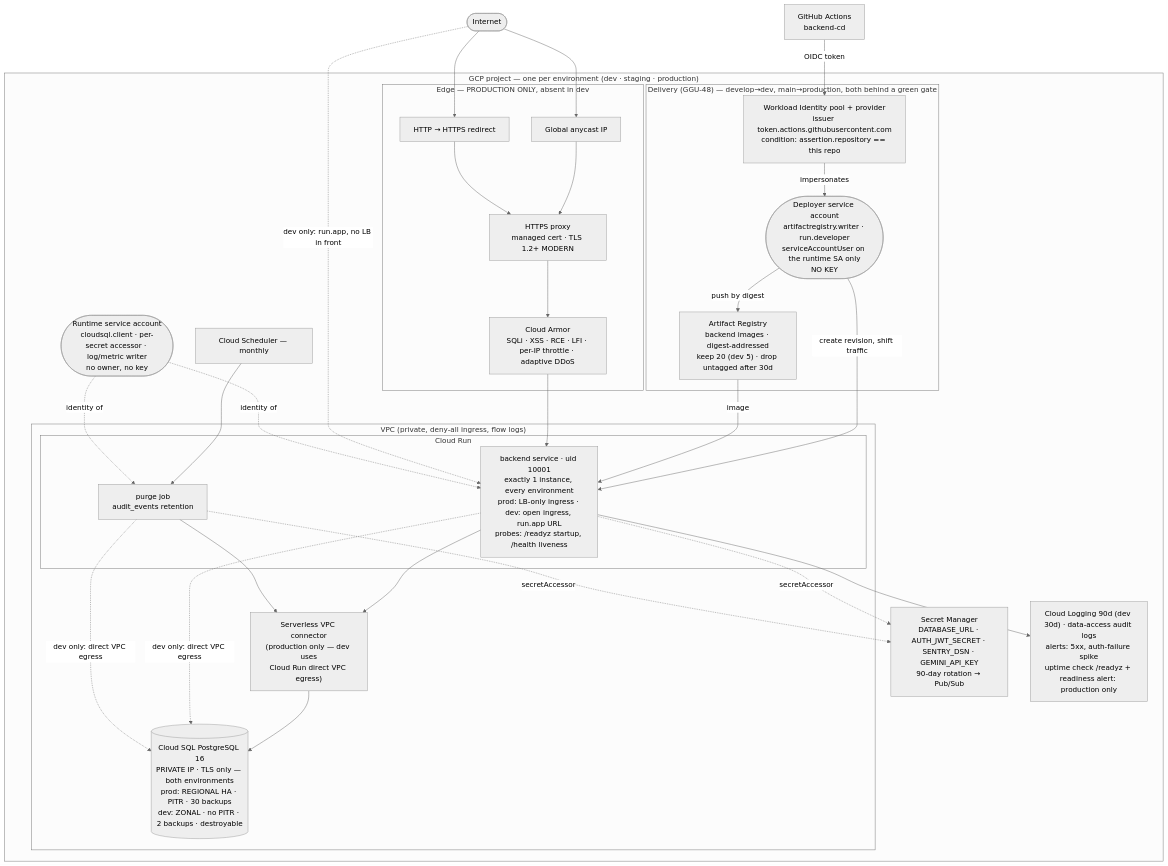
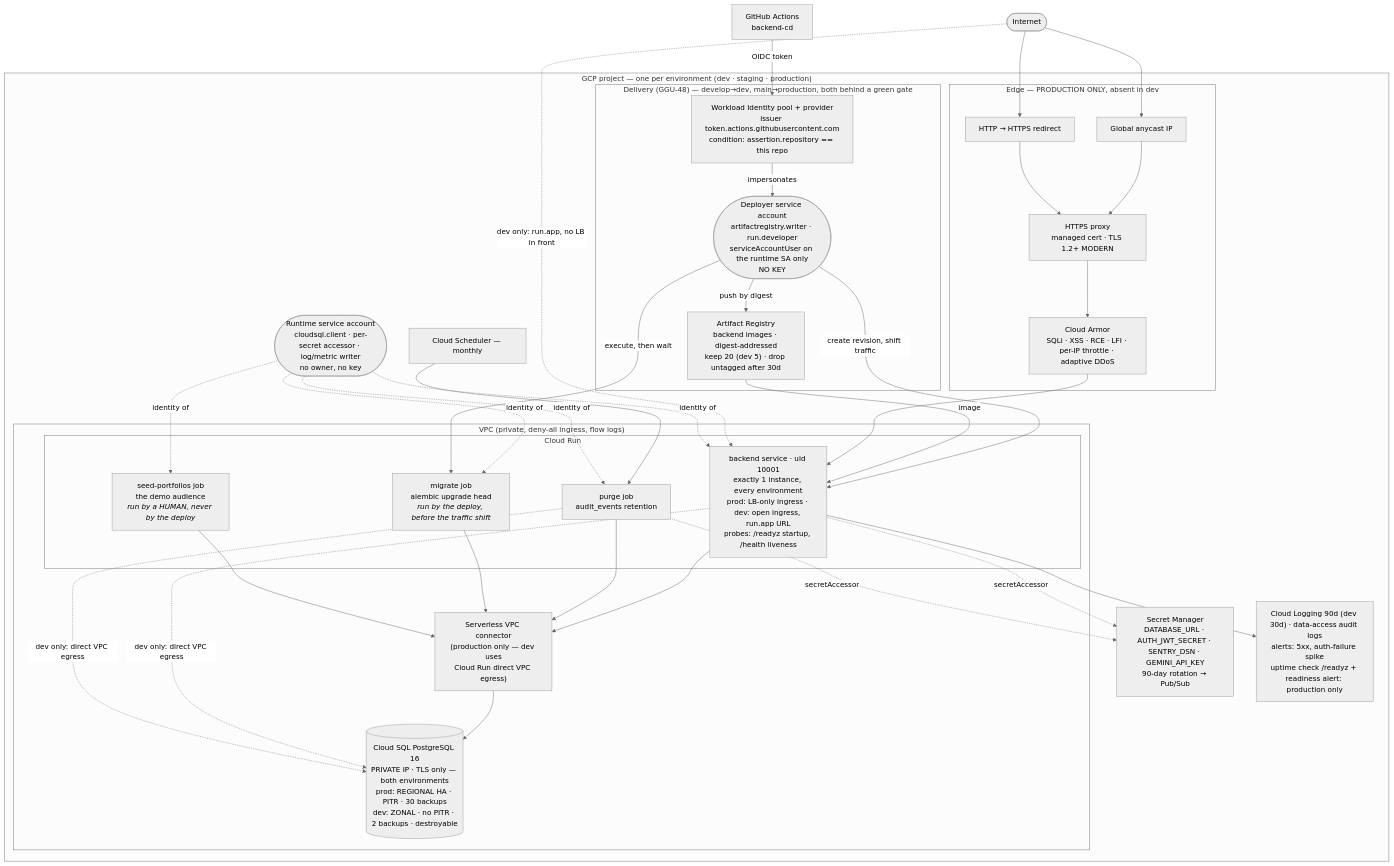
The diagram in docs/diagrams/08-infrastructure.md (somnio-projects/finance-google-a2ui), drawn with Mermaid (neutral theme) before and after one commit. The commit also changed 94 other files, not shown here.

First line of the commit message:
feat(backend): the portfolio has an owner, and the tabs really filter

````diff
--- a/docs/diagrams/08-infrastructure.md
+++ b/docs/diagrams/08-infrastructure.md
@@ -7,63 +7,80 @@
 ```mermaid
 flowchart TB
     net([Internet])
     subgraph gcp["GCP project — one per environment (dev · staging · production)"]
         subgraph edge["Edge — PRODUCTION ONLY, absent in dev"]
             ip["Global anycast IP"]
             https["HTTPS proxy<br/>managed cert · TLS 1.2+ MODERN"]
             armor["Cloud Armor<br/>SQLi · XSS · RCE · LFI · per-IP throttle · adaptive DDoS"]
             httpr["HTTP → HTTPS redirect"]
         end
         subgraph vpc["VPC (private, deny-all ingress, flow logs)"]
             conn["Serverless VPC connector<br/>(production only — dev uses<br/>Cloud Run direct VPC egress)"]
             subgraph runtime["Cloud Run"]
                 svc["backend service · uid 10001<br/>exactly 1 instance, every environment<br/>prod: LB-only ingress · dev: open ingress, run.app URL<br/>probes: /readyz startup, /health liveness"]
                 job["purge job<br/>audit_events retention"]
+                mig["migrate job<br/>alembic upgrade head<br/><i>run by the deploy, before the traffic shift</i>"]
+                seed["seed-portfolios job<br/>the demo audience<br/><i>run by a HUMAN, never by the deploy</i>"]
             end
             sql[("Cloud SQL PostgreSQL 16<br/>PRIVATE IP · TLS only — both environments<br/>prod: REGIONAL HA · PITR · 30 backups<br/>dev: ZONAL · no PITR · 2 backups · destroyable")]
         end
         sm["Secret Manager<br/>DATABASE_URL · AUTH_JWT_SECRET · SENTRY_DSN · GEMINI_API_KEY<br/>90-day rotation → Pub/Sub"]
         obs["Cloud Logging 90d (dev 30d) · data-access audit logs<br/>alerts: 5xx, auth-failure spike<br/>uptime check /readyz + readiness alert: production only"]
         sched["Cloud Scheduler — monthly"]
         sa(["Runtime service account<br/>cloudsql.client · per-secret accessor · log/metric writer<br/>no owner, no key"])
         subgraph delivery["Delivery (GGU-48) — develop→dev, main→production, both behind a green gate"]
             ar["Artifact Registry<br/>backend images · digest-addressed<br/>keep 20 (dev 5) · drop untagged after 30d"]
             wif["Workload Identity pool + provider<br/>issuer token.actions.githubusercontent.com<br/>condition: assertion.repository == this repo"]
             dsa(["Deployer service account<br/>artifactregistry.writer · run.developer<br/>serviceAccountUser on the runtime SA only<br/>NO KEY"])
         end
     end
 
     gha["GitHub Actions<br/>backend-cd"] -->|"OIDC token"| wif
     wif -->|impersonates| dsa
     dsa -->|push by digest| ar
     dsa -->|create revision, shift traffic| svc
     ar -->|image| svc
 
     net --> ip --> https --> armor --> svc
     net --> httpr --> https
     net -. "dev only: run.app, no LB in front" .-> svc
     svc --> conn --> sql
     svc -. "dev only: direct VPC egress" .-> sql
     sched --> job --> conn
     job -. "dev only: direct VPC egress" .-> sql
+    mig --> conn
+    seed --> conn
     svc -. "secretAccessor" .-> sm
     job -. "secretAccessor" .-> sm
     svc --> obs
     sa -.->|"identity of"| svc
     sa -.->|"identity of"| job
+    sa -.->|"identity of"| mig
+    sa -.->|"identity of"| seed
+    dsa -->|"execute, then wait"| mig
 
     %% Everything here is Terraform: infra/{network,database,secrets,iam,run,edge,observability,delivery}.tf
     %% trivy config: 0 misconfigurations. Apply is GGU-29.
     %% The edge subgraph and the connector are counted out of dev by local.ephemeral
     %% (main.tf). Dev therefore has NO WAF, NO edge rate limit and NO HA — a real
     %% reduction, accepted as risk R-16 because dev holds synthetic data only.
     %% Secrets, per-secret IAM, private DB IP, TLS-only and the keyless pipeline
     %% are identical in every environment: dev gives up durability, not privacy.
     %% The deployer can publish an image and create a revision. It cannot read
     %% a secret, reach the database, or act as any other identity.
+    %% THREE jobs, three triggers, and the third one is the point: the purge
+    %% is a monthly Scheduler, the migration is executed by the deploy before
+    %% traffic moves, and `seed-portfolios` (spec backend/0035 §4.1) is run by
+    %% a person — `gcloud run jobs execute … --args=a@x,b@y`. Nothing schedules
+    %% it and `deploy_cloud_run.sh` never mentions it, which
+    %% infra/scripts/tests/test_dev_environment.sh asserts in both directions:
+    %% deciding who gets a portfolio is not a thing a deploy should do on its
+    %% own, and a deploy that quietly reseeded an account mid-rehearsal would
+    %% be data loss with a green checkmark. Its audience is `args`, not an env
+    %% var, precisely so one execution can override it.
     %% ONE instance is not a cost choice: the rate limiter and the feature-flag
     %% cache count in process memory, so the documented per-principal limit only
     %% holds while one process serves the traffic (ADR-F D-9, GGU-83). Raising
     %% max_instances turns test_rate_limit_ceiling.sh red on purpose. Session and
     %% portfolio state are in Cloud SQL and do NOT need the pin.
 ```
````
